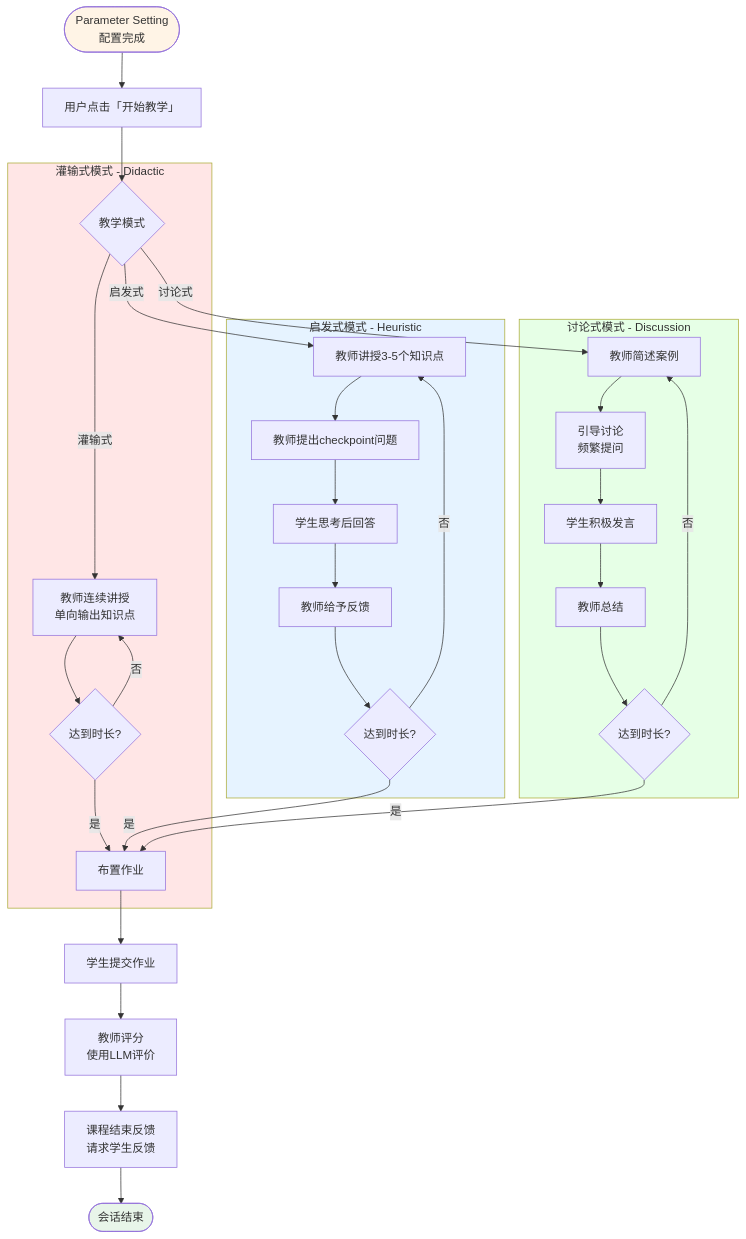
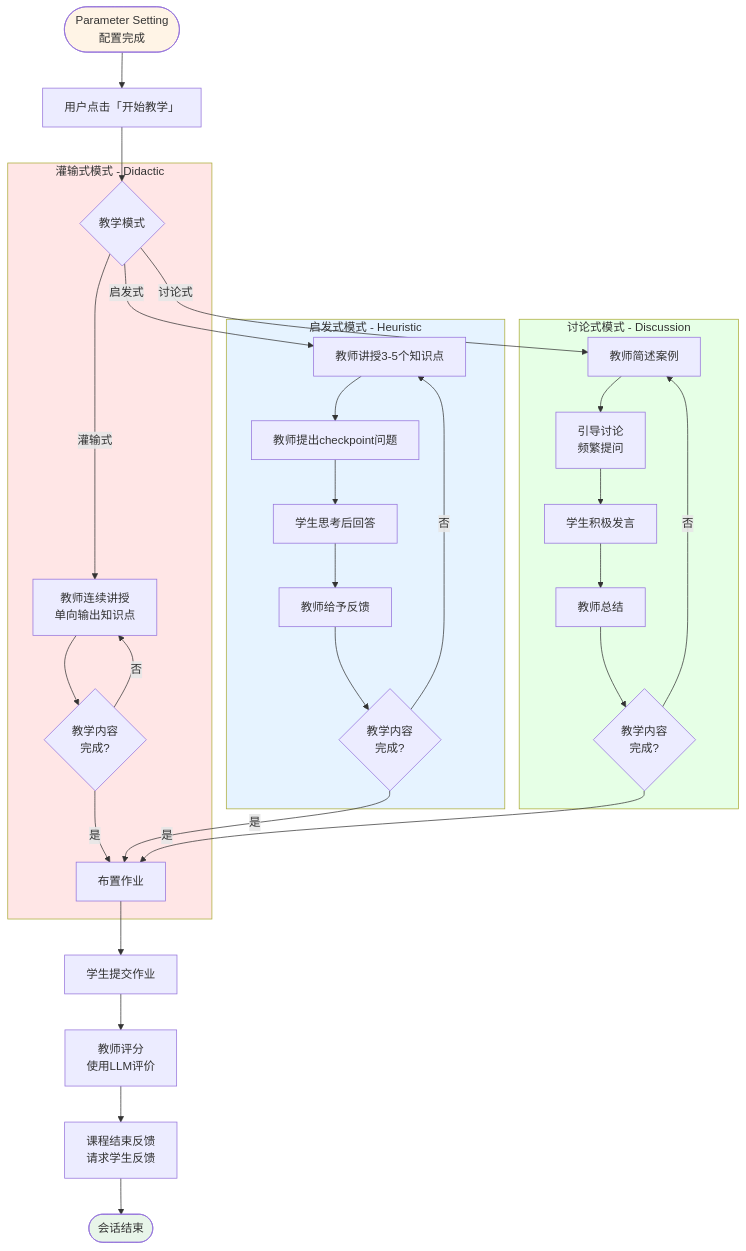
One commit to PZRvm/teaching-agent changed the sixth of 7 diagrams in docs/design.md. Above: the diagram before and after it, drawn with Mermaid. The commit also changed other lines of this file and 4 other files, not shown here.

````diff
--- a/docs/design.md
+++ b/docs/design.md
@@ -1254,43 +1655,43 @@
 ```mermaid
 flowchart TB
     Start([Parameter Setting<br/>配置完成]) --> ClickStart[用户点击「开始教学」]
     ClickStart --> Teaching{教学模式}
     
     subgraph Didactic [灌输式模式 - Didactic]
         Teaching -->|灌输式| D1[教师连续讲授<br/>单向输出知识点]
-        D1 --> D_Check{达到时长?}
+        D1 --> D_Check{教学内容<br/>完成?}
         D_Check -->|否| D1
         D_Check -->|是| AssignHomework[布置作业]
     end
     
     subgraph Heuristic [启发式模式 - Heuristic]
         Teaching -->|启发式| H1[教师讲授3-5个知识点]
         H1 --> H2[教师提出checkpoint问题]
         H2 --> H3[学生思考后回答]
         H3 --> H4[教师给予反馈]
-        H4 --> H_Check{达到时长?}
+        H4 --> H_Check{教学内容<br/>完成?}
         H_Check -->|否| H1
         H_Check -->|是| AssignHomework
     end
     
     subgraph Discussion [讨论式模式 - Discussion]
         Teaching -->|讨论式| Disc1[教师简述案例]
         Disc1 --> Disc2[引导讨论<br/>频繁提问]
         Disc2 --> Disc3[学生积极发言]
         Disc3 --> Disc4[教师总结]
-        Disc4 --> Disc_Check{达到时长?}
+        Disc4 --> Disc_Check{教学内容<br/>完成?}
         Disc_Check -->|否| Disc1
         Disc_Check -->|是| AssignHomework
     end
     
     AssignHomework[布置作业] --> Submit[学生提交作业]
     Submit --> Grade[教师评分<br/>使用LLM评价]
     Grade --> Feedback[课程结束反馈<br/>请求学生反馈]
     Feedback --> End([会话结束])
     
     style Didactic fill:#ffe6e6
     style Heuristic fill:#e6f3ff
     style Discussion fill:#e6ffe6
     style Start fill:#fff4e6
     style End fill:#e8f5e9
 ```
````
